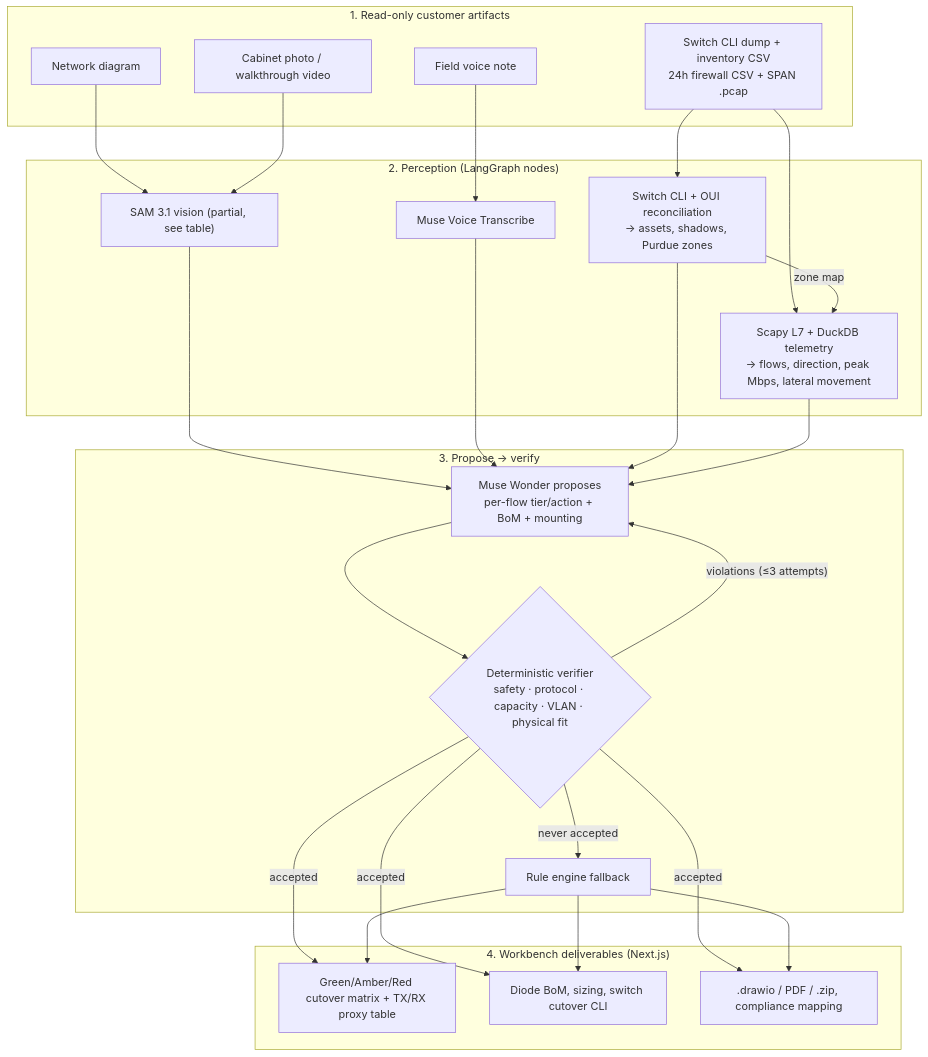
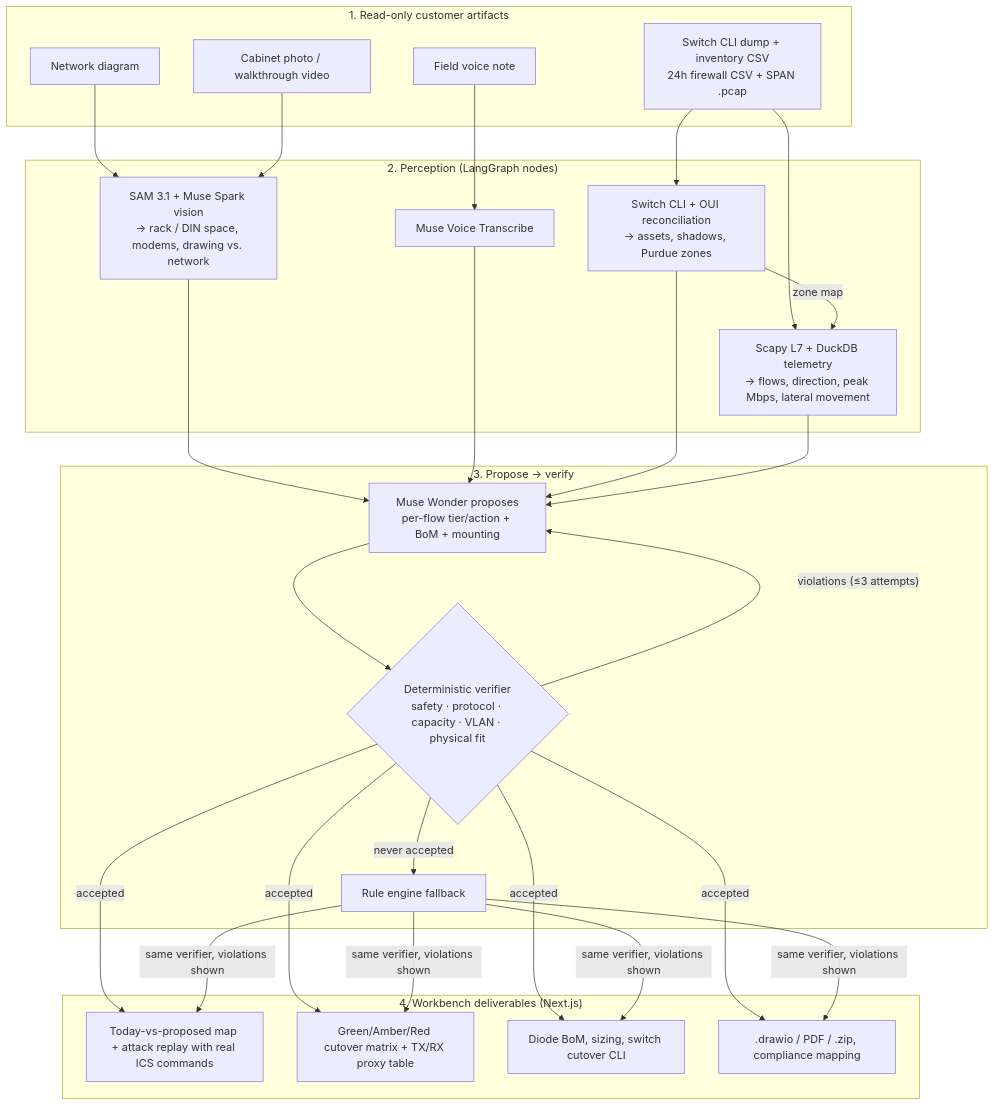
The first of 2 diagrams in README.md (lopesrohan1988/conduit-ai), drawn with Mermaid before and after one commit. The commit also changed other lines of this file and 42 other files, not shown here.

First line of the commit message:
feat(vision): check drawings and rack gaps against reality; verify fallback plans

````diff
--- a/README.md
+++ b/README.md
@@ -78,38 +81,40 @@
 ```mermaid
 flowchart TD
     subgraph Intake["1. Read-only customer artifacts"]
         I1["Network diagram"]
         I2["Cabinet photo / walkthrough video"]
         I3["Field voice note"]
         I4["Switch CLI dump + inventory CSV<br/>24h firewall CSV + SPAN .pcap"]
     end
 
     subgraph Perception["2. Perception (LangGraph nodes)"]
-        V1["SAM 3.1 vision (partial, see table)"]
+        V1["SAM 3.1 + Muse Spark vision<br/>→ rack / DIN space, modems, drawing vs. network"]
         ASR["Muse Voice Transcribe"]
         P1["Switch CLI + OUI reconciliation<br/>→ assets, shadows, Purdue zones"]
         T1["Scapy L7 + DuckDB telemetry<br/>→ flows, direction, peak Mbps, lateral movement"]
     end
 
     subgraph Design["3. Propose → verify"]
         ARCH["Muse Wonder proposes<br/>per-flow tier/action + BoM + mounting"]
         VER{"Deterministic verifier<br/>safety · protocol · capacity · VLAN · physical fit"}
         RULE["Rule engine fallback"]
     end
 
     subgraph Outputs["4. Workbench deliverables (Next.js)"]
+        O0["Today-vs-proposed map + attack replay with real ICS commands"]
         O1["Green/Amber/Red cutover matrix + TX/RX proxy table"]
         O2["Diode BoM, sizing, switch cutover CLI"]
         O3[".drawio / PDF / .zip, compliance mapping"]
     end
 
     I1 & I2 --> V1
     I3 --> ASR
     I4 --> P1 & T1
     P1 -- zone map --> T1
     V1 & ASR & P1 & T1 --> ARCH
     ARCH --> VER
     VER -- "violations (≤3 attempts)" --> ARCH
-    VER -- accepted --> O1 & O2 & O3
-    VER -- "never accepted" --> RULE --> O1 & O2 & O3
+    VER -- accepted --> O0 & O1 & O2 & O3
+    VER -- "never accepted" --> RULE
+    RULE -- "same verifier, violations shown" --> O0 & O1 & O2 & O3
 ```
````
